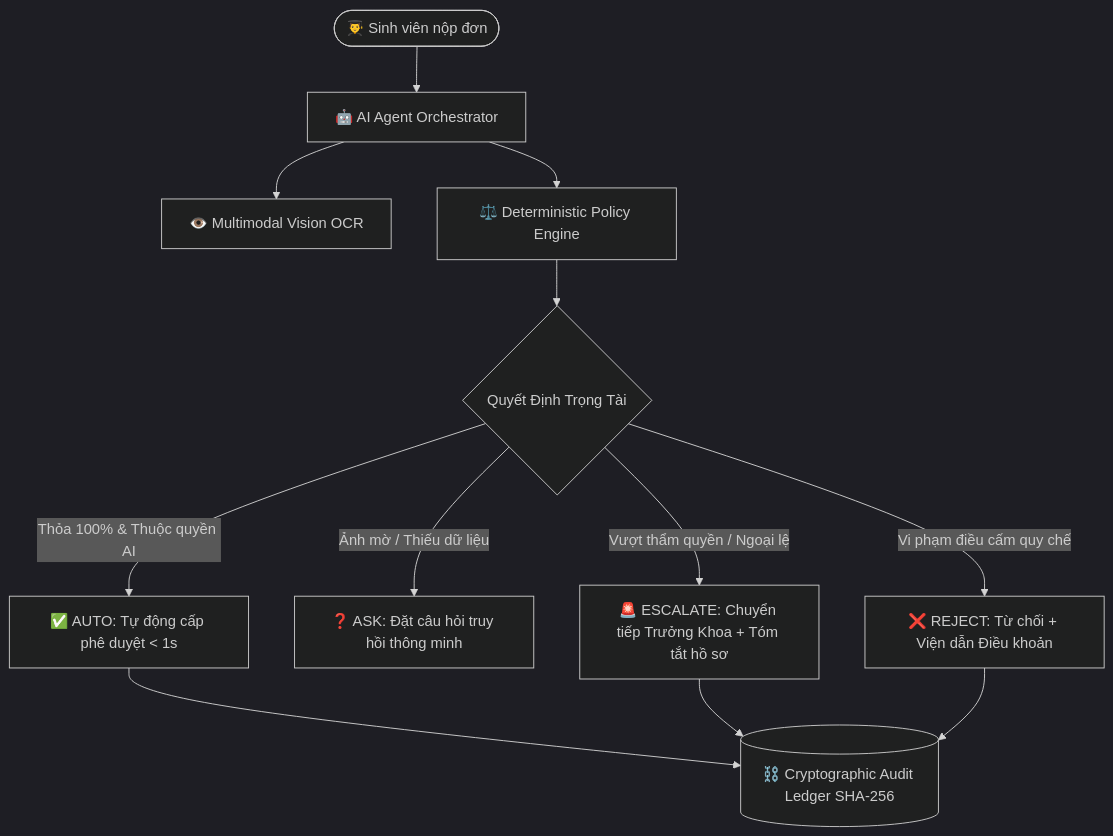
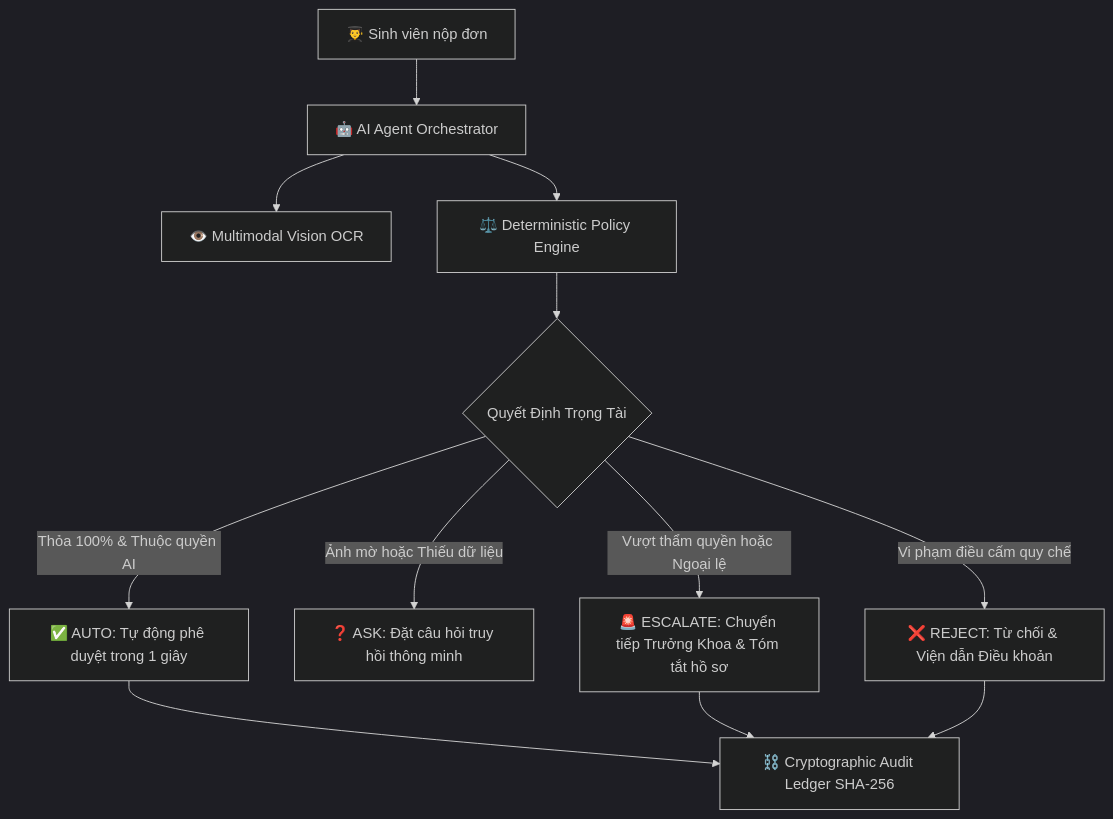
Before and after one commit to HuuNhan-147/EduRef_AI_Agent: the diagram in README.md, drawn with Mermaid (dark theme). The commit also changed other lines of this file and 2 other files, not shown here.

````diff
--- a/README.md
+++ b/README.md
@@ -49,16 +49,16 @@
 ```mermaid
 graph TD
-    User([👨‍🎓 Sinh viên nộp đơn]) --> Agent[🤖 AI Agent Orchestrator]
-    Agent --> Vision[👁️ Multimodal Vision OCR]
-    Agent --> Policy[⚖️ Deterministic Policy Engine]
+    User["👨‍🎓 Sinh viên nộp đơn"] --> Agent["🤖 AI Agent Orchestrator"]
+    Agent --> Vision["👁️ Multimodal Vision OCR"]
+    Agent --> Policy["⚖️ Deterministic Policy Engine"]
     
-    Policy --> Decisions{Quyết Định Trọng Tài}
-    Decisions -->|Thỏa 100% & Thuộc quyền AI| AUTO[✅ AUTO: Tự động cấp phê duyệt < 1s]
-    Decisions -->|Ảnh mờ / Thiếu dữ liệu| ASK[❓ ASK: Đặt câu hỏi truy hồi thông minh]
-    Decisions -->|Vượt thẩm quyền / Ngoại lệ| ESCALATE[🚨 ESCALATE: Chuyển tiếp Trưởng Khoa + Tóm tắt hồ sơ]
-    Decisions -->|Vi phạm điều cấm quy chế| REJECT[❌ REJECT: Từ chối + Viện dẫn Điều khoản]
+    Policy --> Decisions{"Quyết Định Trọng Tài"}
+    Decisions -->|"Thỏa 100% & Thuộc quyền AI"| AUTO["✅ AUTO: Tự động phê duyệt trong 1 giây"]
+    Decisions -->|"Ảnh mờ hoặc Thiếu dữ liệu"| ASK["❓ ASK: Đặt câu hỏi truy hồi thông minh"]
+    Decisions -->|"Vượt thẩm quyền hoặc Ngoại lệ"| ESCALATE["🚨 ESCALATE: Chuyển tiếp Trưởng Khoa & Tóm tắt hồ sơ"]
+    Decisions -->|"Vi phạm điều cấm quy chế"| REJECT["❌ REJECT: Từ chối & Viện dẫn Điều khoản"]
     
-    AUTO --> Audit[(⛓️ Cryptographic Audit Ledger SHA-256)]
+    AUTO --> Audit["⛓️ Cryptographic Audit Ledger SHA-256"]
     ESCALATE --> Audit
     REJECT --> Audit
 ```
````
